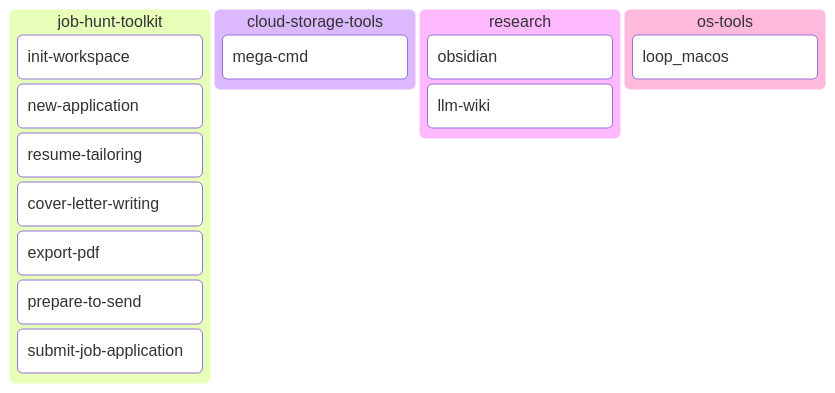
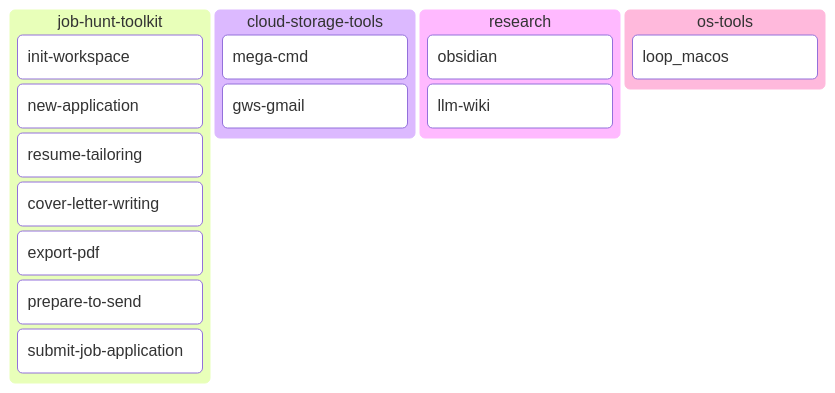
One commit to Alex-Kopylov/zweihander changed the first of 4 diagrams in README.md. Above: the diagram before and after it, drawn with Mermaid. The commit also changed other lines of this file and 2 other files, not shown here.

````diff
--- a/README.md
+++ b/README.md
@@ -31,18 +31,19 @@
 ```mermaid
 kanban
   job_hunt_toolkit[job-hunt-toolkit]
     jht_init_workspace[init-workspace]
     jht_new_application[new-application]
     jht_resume_tailoring[resume-tailoring]
     jht_cover_letter_writing[cover-letter-writing]
     jht_export_pdf[export-pdf]
     jht_prepare_to_send[prepare-to-send]
     jht_submit_job_application[submit-job-application]
   cloud_storage_tools[cloud-storage-tools]
     cst_mega_cmd[mega-cmd]
+    cst_gws_gmail[gws-gmail]
   research[research]
     research_obsidian[obsidian]
     research_llm_wiki[llm-wiki]
   os_tools[os-tools]
     os_loop_macos[loop_macos]
 ```
````
